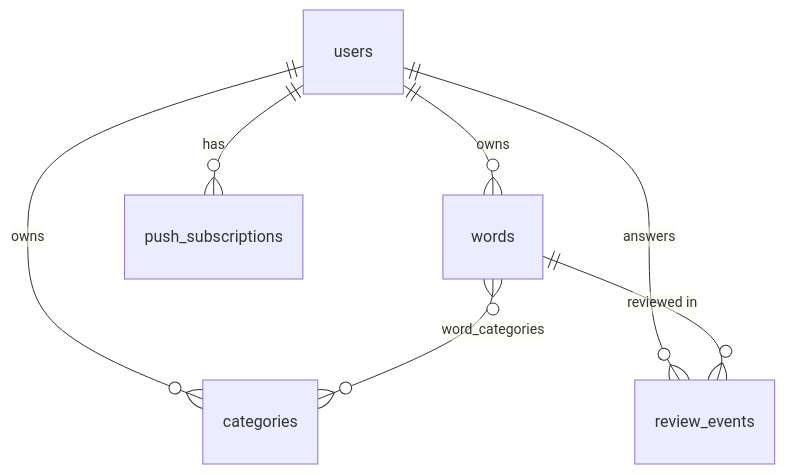
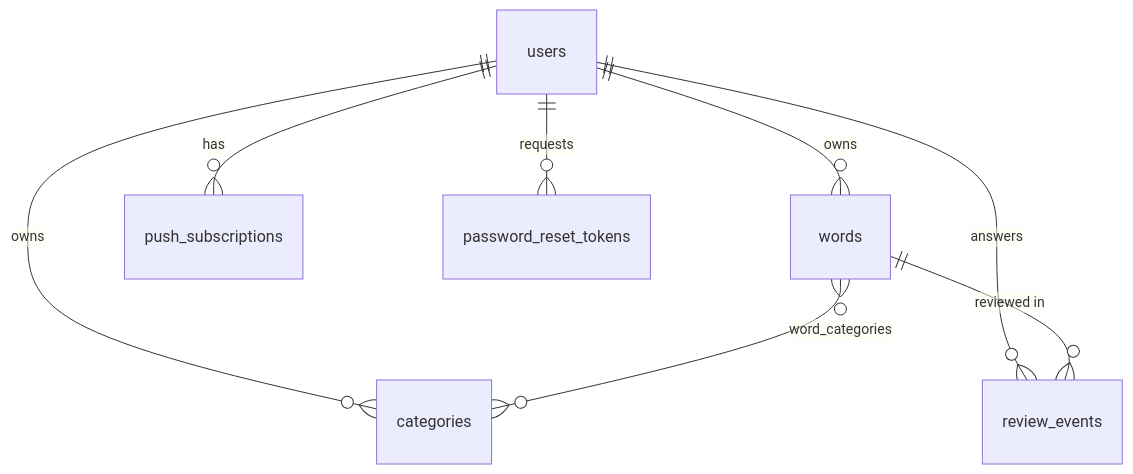
One commit to Ramvam63/wordpop changed the second of 2 diagrams in README.md. Above: the diagram before and after it, drawn with Mermaid. The commit also changed other lines of this file and 12 other files, not shown here.

````diff
--- a/README.md
+++ b/README.md
@@ -73,9 +117,10 @@
 ```mermaid
 erDiagram
     users ||--o{ words : owns
     users ||--o{ categories : owns
     users ||--o{ push_subscriptions : has
     users ||--o{ review_events : answers
+    users ||--o{ password_reset_tokens : requests
     words }o--o{ categories : "word_categories"
     words ||--o{ review_events : "reviewed in"
 ```
````
